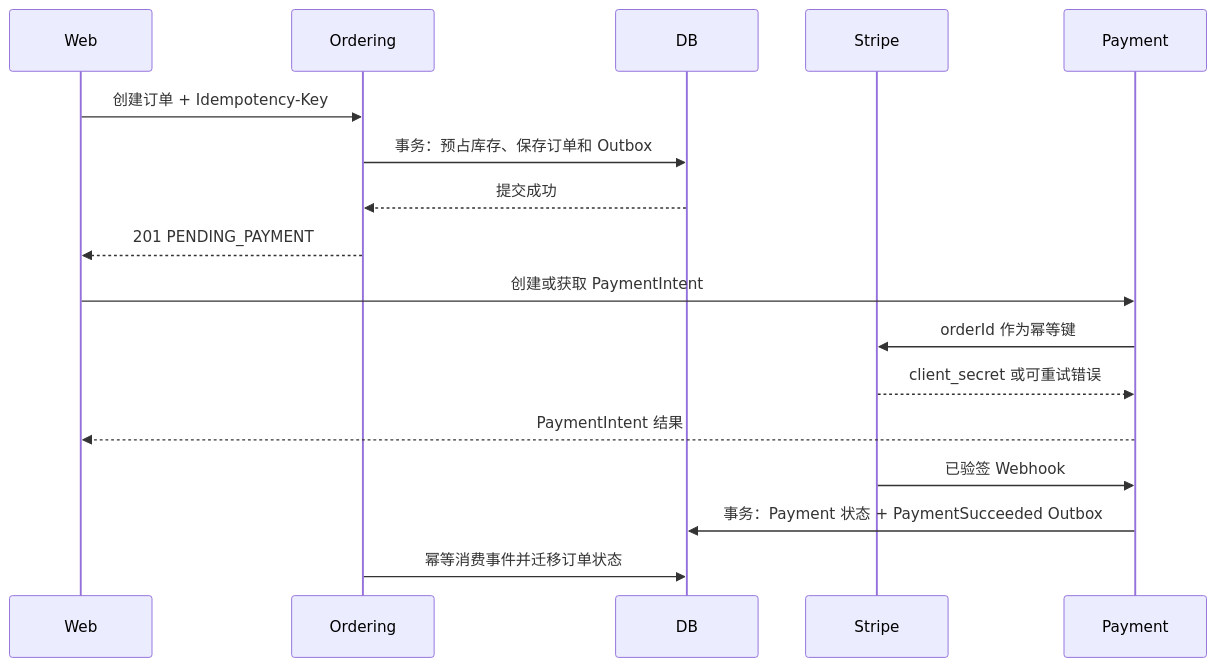
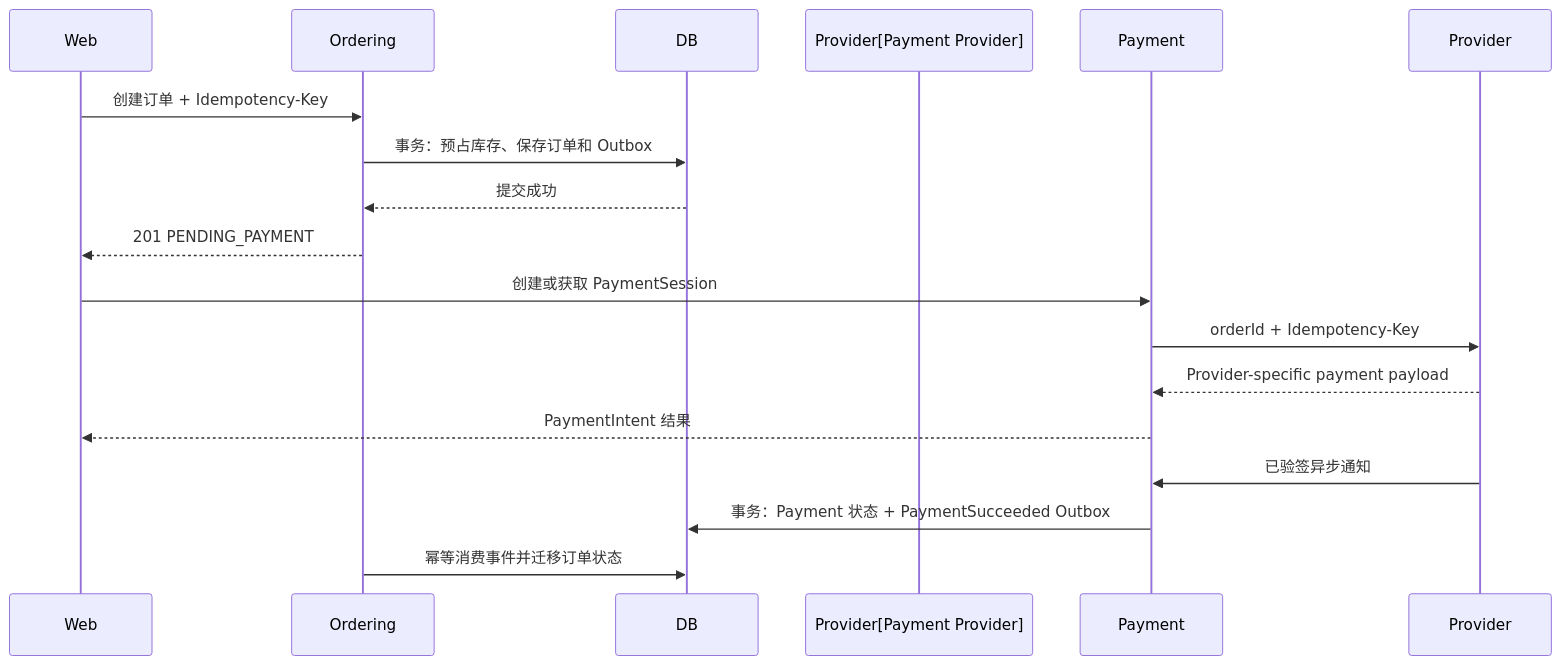
One commit to uaenamyf/art_works_enchange changed the fifth of 6 diagrams in DEVELOPMENT_GUIDE.md. Above: the diagram before and after it, drawn with Mermaid. The commit also changed other lines of this file and 76 other files, not shown here.

````diff
--- a/DEVELOPMENT_GUIDE.md
+++ b/DEVELOPMENT_GUIDE.md
@@ -268,20 +270,20 @@
 ```mermaid
 sequenceDiagram
     participant Web
     participant Ordering
     participant DB
-    participant Stripe
+    participant Provider[Payment Provider]
     participant Payment
 
     Web->>Ordering: 创建订单 + Idempotency-Key
     Ordering->>DB: 事务：预占库存、保存订单和 Outbox
     DB-->>Ordering: 提交成功
     Ordering-->>Web: 201 PENDING_PAYMENT
-    Web->>Payment: 创建或获取 PaymentIntent
-    Payment->>Stripe: orderId 作为幂等键
-    Stripe-->>Payment: client_secret 或可重试错误
+    Web->>Payment: 创建或获取 PaymentSession
+    Payment->>Provider: orderId + Idempotency-Key
+    Provider-->>Payment: Provider-specific payment payload
     Payment-->>Web: PaymentIntent 结果
-    Stripe->>Payment: 已验签 Webhook
+    Provider->>Payment: 已验签异步通知
     Payment->>DB: 事务：Payment 状态 + PaymentSucceeded Outbox
     Ordering->>DB: 幂等消费事件并迁移订单状态
 ```
````
